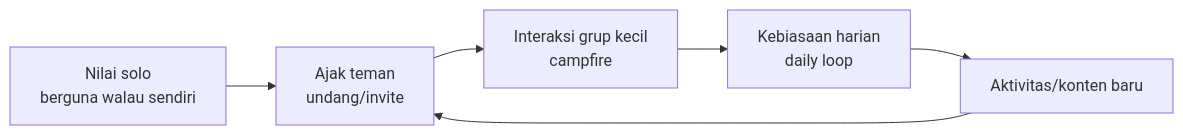
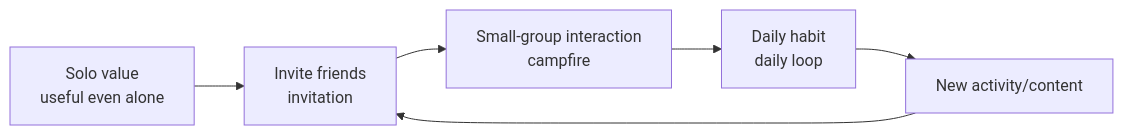
The first of 3 diagrams in research/05-rekomendasi.md (itsmhp/SocialMedia), drawn with Mermaid before and after one commit. The commit also changed other lines of this file and 23 other files, not shown here.

````diff
--- a/research/05-rekomendasi.md
+++ b/research/05-rekomendasi.md
@@ -18,8 +18,8 @@
 ```mermaid
 flowchart LR
-    A[Nilai solo<br/>berguna walau sendiri] --> B[Ajak teman<br/>undang/invite]
-    B --> C[Interaksi grup kecil<br/>campfire]
-    C --> D[Kebiasaan harian<br/>daily loop]
-    D --> E[Aktivitas/konten baru]
+    A[Solo value<br/>useful even alone] --> B[Invite friends<br/>invitation]
+    B --> C[Small-group interaction<br/>campfire]
+    C --> D[Daily habit<br/>daily loop]
+    D --> E[New activity/content]
     E --> B
 ```
````
